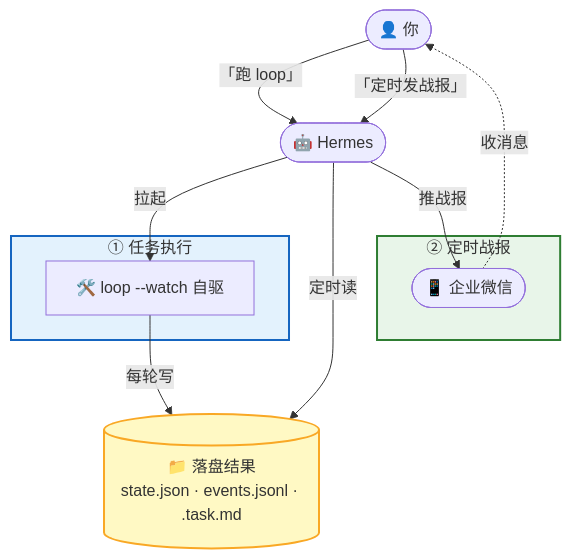
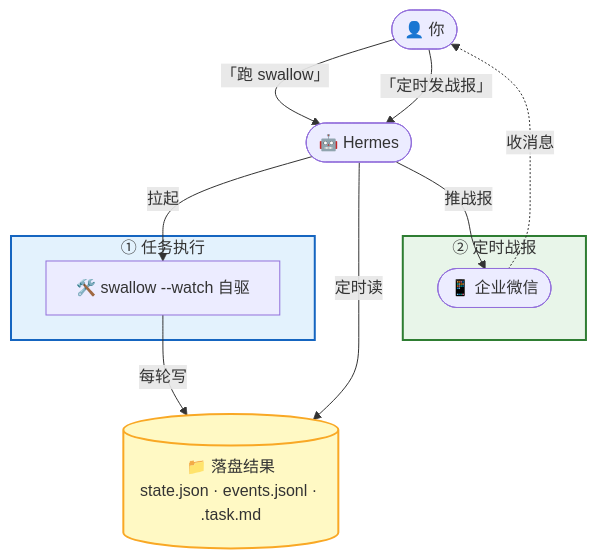
Before and after one commit to free-wyq/swallow: the diagram in hermes-guide.md, drawn with Mermaid. The commit also changed other lines of this file and 9 other files, not shown here.

````diff
--- a/hermes-guide.md
+++ b/hermes-guide.md
@@ -3,27 +3,27 @@
 ```mermaid
 flowchart TB
     You([👤 你])
     Hermes([🤖 Hermes])
 
     subgraph run["① 任务执行"]
-      Watch["🛠️ loop --watch 自驱"]
+      Watch["🛠️ swallow --watch 自驱"]
     end
 
     Disk[("📁 落盘结果<br/>state.json · events.jsonl · .task.md")]
 
     subgraph report["② 定时战报"]
       WeCom([📱 企业微信])
     end
 
-    You -->|"「跑 loop」"| Hermes
+    You -->|"「跑 swallow」"| Hermes
     Hermes -->|"拉起"| Watch
     Watch -->|"每轮写"| Disk
     You -->|"「定时发战报」"| Hermes
     Hermes -->|"定时读"| Disk
     Hermes -->|"推战报"| WeCom
     WeCom -.->|"收消息"| You
 
     style run fill:#e3f2fd,stroke:#1565c0,stroke-width:2px
     style report fill:#e8f5e9,stroke:#2e7d32,stroke-width:2px
     style Disk fill:#fff9c4,stroke:#f9a825,stroke-width:2px
 ```
````
